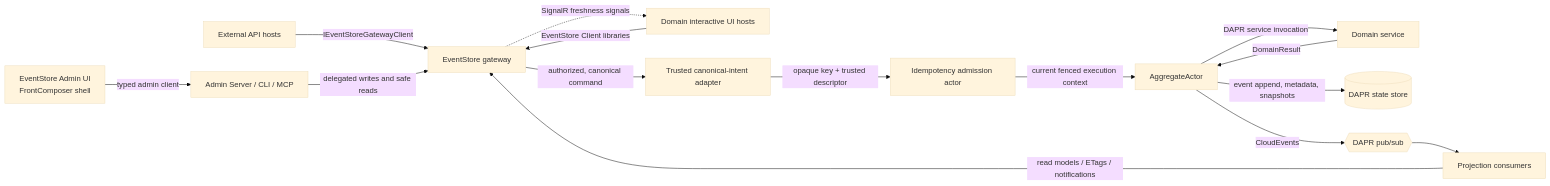
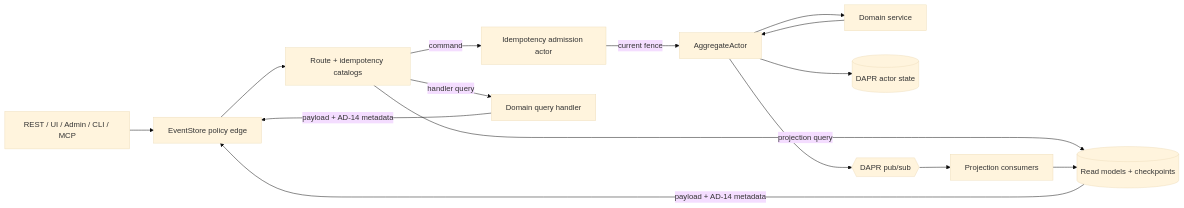
The first of 2 diagrams in _bmad-output/planning-artifacts/architecture.md (Hexalith/Hexalith.EventStore), drawn with Mermaid (base theme) before and after one commit. The commit also changed other lines of this file and 16 other files, not shown here.

First line of the commit message:
feat: add editorial review, rubric closure, and technology currentness updates for architecture spine

````diff
--- a/_bmad-output/planning-artifacts/architecture.md
+++ b/_bmad-output/planning-artifacts/architecture.md
@@ -73,17 +53,17 @@
 ```mermaid
 flowchart LR
-    ExternalApi[External API hosts] -->|IEventStoreGatewayClient| Gateway[EventStore gateway]
-    UI[Domain interactive UI hosts] -->|EventStore Client libraries| Gateway
-    AdminUI[EventStore Admin UI<br/>FrontComposer shell] -->|typed admin client| Admin[Admin Server / CLI / MCP]
-    Admin -->|delegated writes and safe reads| Gateway
-    Gateway -->|authorized, canonical command| Adapter[Trusted canonical-intent adapter]
-    Adapter -->|opaque key + trusted descriptor| Admission[Idempotency admission actor]
-    Admission -->|current fenced execution context| Actor[AggregateActor]
-    Actor -->|DAPR service invocation| DomainSvc[Domain service]
-    DomainSvc -->|DomainResult| Actor
-    Actor -->|event append, metadata, snapshots| State[(DAPR state store)]
-    Actor -->|CloudEvents| PubSub{{DAPR pub/sub}}
+    Client[REST / UI / Admin / CLI / MCP] --> Edge[EventStore policy edge]
+    Edge --> Catalog[Route + idempotency catalogs]
+    Catalog -->|command| Admission[Idempotency admission actor]
+    Catalog -->|projection query| Read[(Read models + checkpoints)]
+    Catalog -->|handler query| Query[Domain query handler]
+    Admission -->|current fence| Aggregate[AggregateActor]
+    Aggregate --> Domain[Domain service]
+    Domain --> Aggregate
+    Aggregate --> State[(DAPR actor state)]
+    Aggregate --> PubSub{{DAPR pub/sub}}
     PubSub --> Projection[Projection consumers]
-    Projection -->|read models / ETags / notifications| Gateway
-    Gateway -.->|SignalR freshness signals| UI
+    Projection --> Read
+    Read -->|payload + AD-14 metadata| Edge
+    Query -->|payload + AD-14 metadata| Edge
 ```
````
